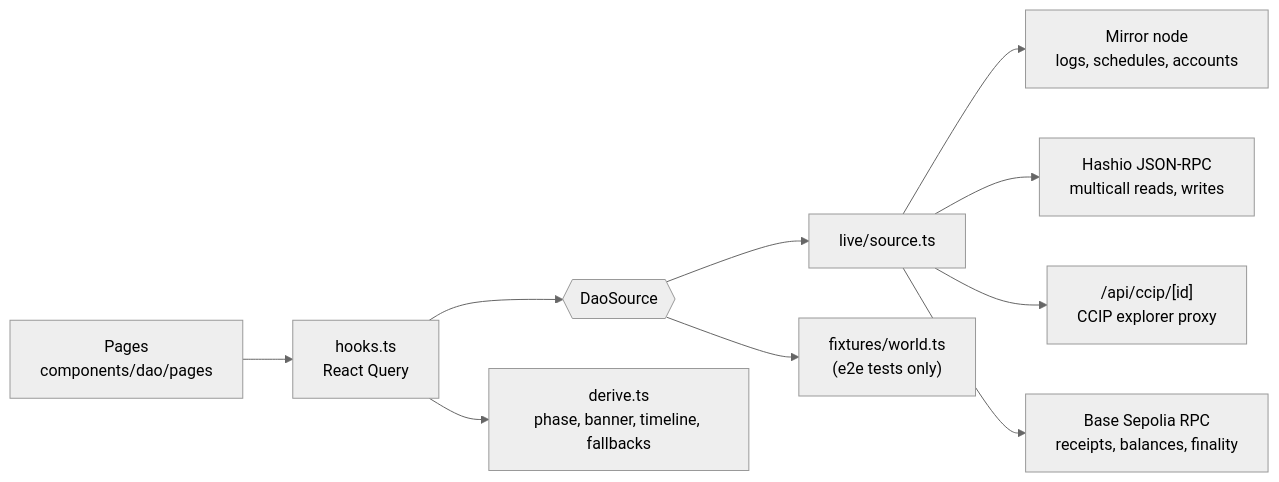
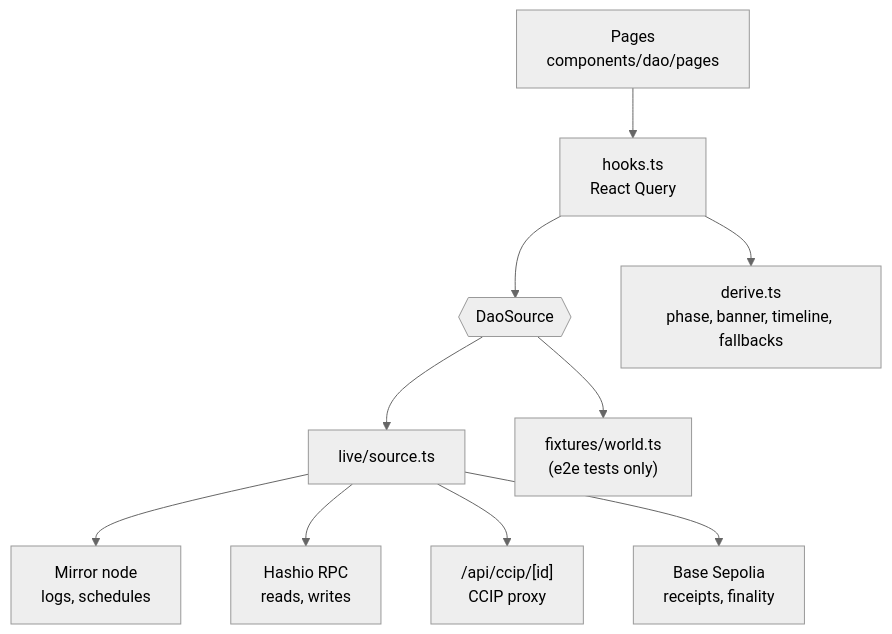
One commit to Baskarayelu/hedera-ccip-timelock-dao changed the third of 3 diagrams in docs/architecture.md. Above: the diagram before and after it, drawn with Mermaid (neutral theme). The commit also changed other lines of this file and 4 other files, not shown here.

First line of the commit message:
Make every diagram render on GitHub and link the docs site

````diff
--- a/docs/architecture.md
+++ b/docs/architecture.md
@@ -90,12 +88,12 @@
 ```mermaid
-flowchart LR
+flowchart TB
   Pages["Pages<br/>components/dao/pages"] --> Hooks["hooks.ts<br/>React Query"]
   Hooks --> Source{{"DaoSource"}}
   Source --> Live["live/source.ts"]
   Source --> Fix["fixtures/world.ts<br/>(e2e tests only)"]
-  Live --> Mirror["Mirror node<br/>logs, schedules, accounts"]
-  Live --> RPC["Hashio JSON-RPC<br/>multicall reads, writes"]
-  Live --> Proxy["/api/ccip/[id]<br/>CCIP explorer proxy"]
-  Live --> Base["Base Sepolia RPC<br/>receipts, balances, finality"]
+  Live --> Mirror["Mirror node<br/>logs, schedules"]
+  Live --> RPC["Hashio RPC<br/>reads, writes"]
+  Live --> Proxy["/api/ccip/[id]<br/>CCIP proxy"]
+  Live --> Base["Base Sepolia<br/>receipts, finality"]
   Hooks --> Derive["derive.ts<br/>phase, banner, timeline, fallbacks"]
 ```
````
